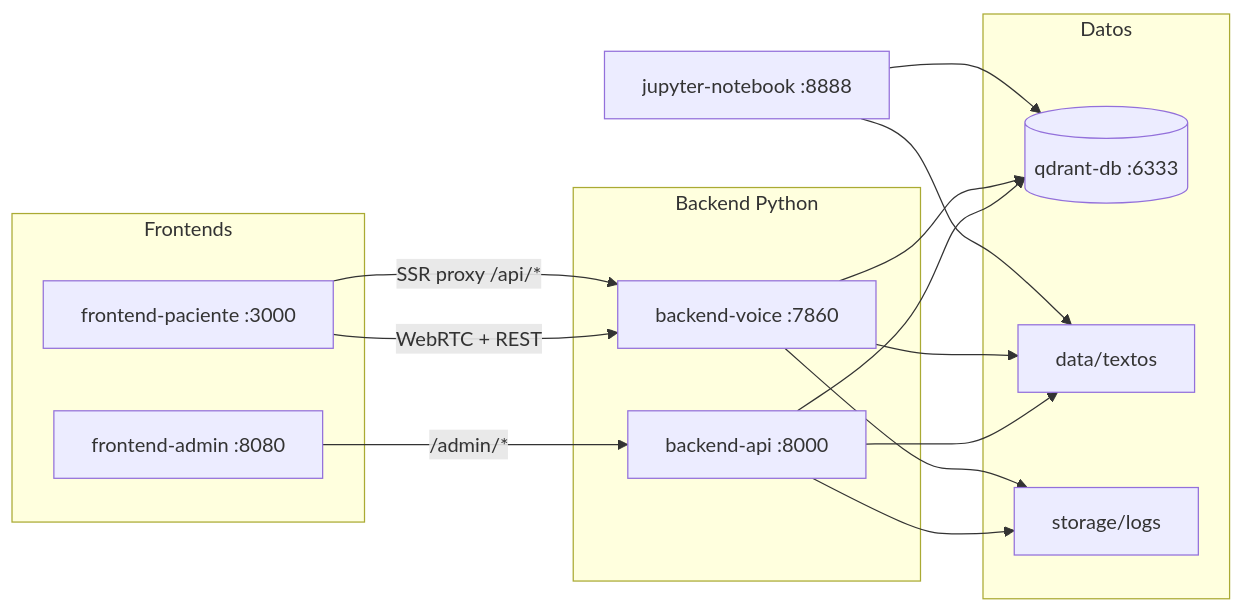
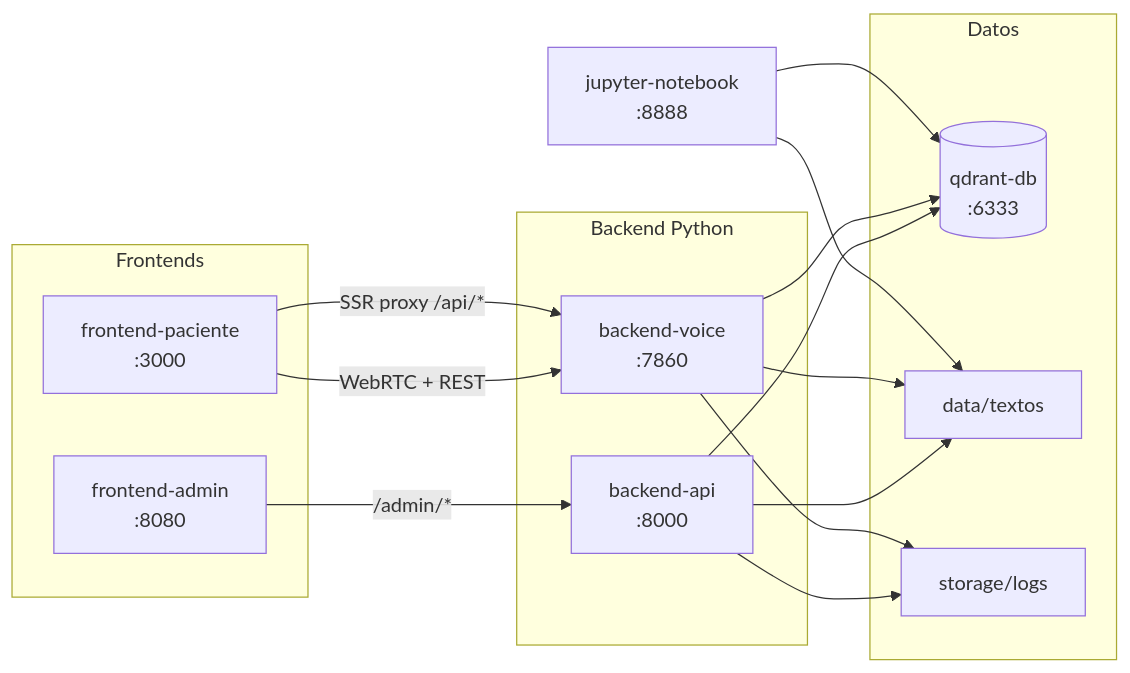
The diagram in docs/docker-guia.md (PaulaZuluagaG/postop-voice-agent), drawn with Mermaid before and after one commit. The commit also changed other lines of this file and 34 other files, not shown here.

````diff
--- a/docs/docker-guia.md
+++ b/docs/docker-guia.md
@@ -7,32 +25,32 @@
 ```mermaid
 flowchart LR
   subgraph frontends [Frontends]
-    FP[frontend-paciente :3000]
-    FA[frontend-admin :8080]
+    FP["frontend-paciente<br/>:3000"]
+    FA["frontend-admin<br/>:8080"]
   end
 
   subgraph backend [Backend Python]
-    BA[backend-api :8000]
-    BV[backend-voice :7860]
+    BA["backend-api<br/>:8000"]
+    BV["backend-voice<br/>:7860"]
   end
 
   subgraph data [Datos]
-    QD[(qdrant-db :6333)]
-    DS[data/textos]
-    LG[storage/logs]
+    QD[("qdrant-db<br/>:6333")]
+    DS["data/textos"]
+    LG["storage/logs"]
   end
 
-  JU[jupyter-notebook :8888]
+  JU["jupyter-notebook<br/>:8888"]
 
-  FP -->|WebRTC + REST| BV
-  FP -->|SSR proxy /api/*| BV
-  FA -->|/admin/*| BA
+  FP -->|"WebRTC + REST"| BV
+  FP -->|"SSR proxy /api/*"| BV
+  FA -->|"/admin/*"| BA
   BA --> QD
   BV --> QD
   BA --> DS
   BV --> DS
   BA --> LG
   BV --> LG
   JU --> DS
   JU --> QD
 ```
````
